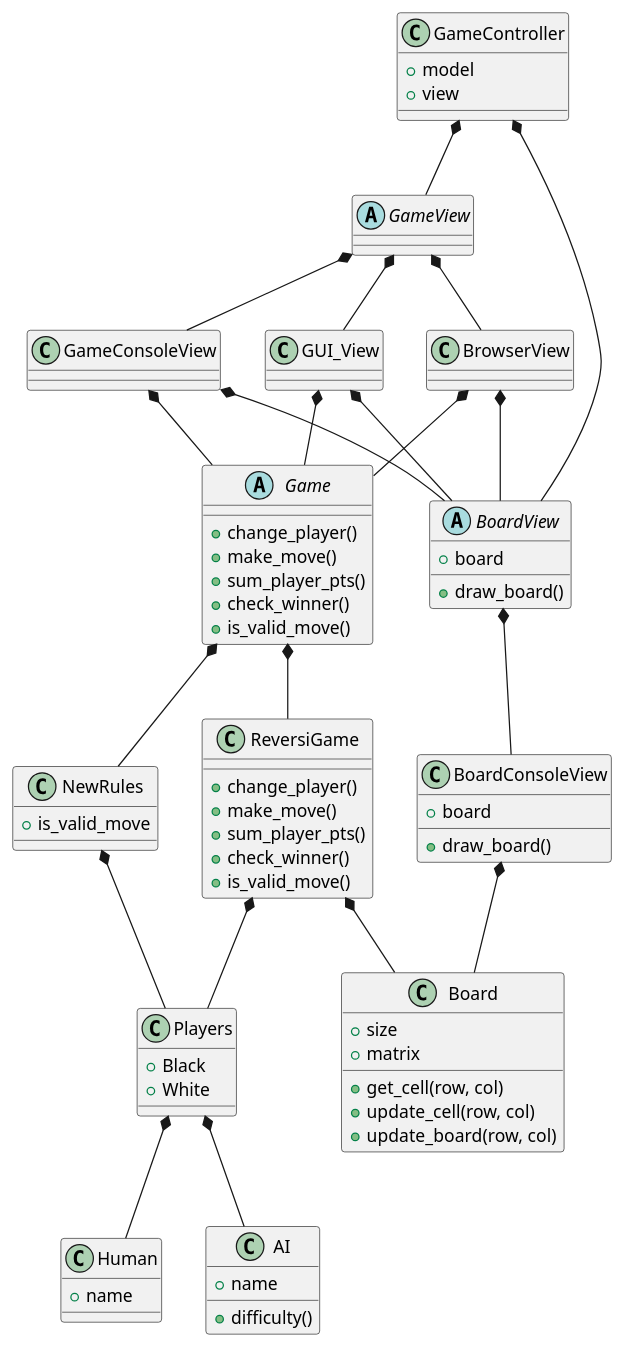
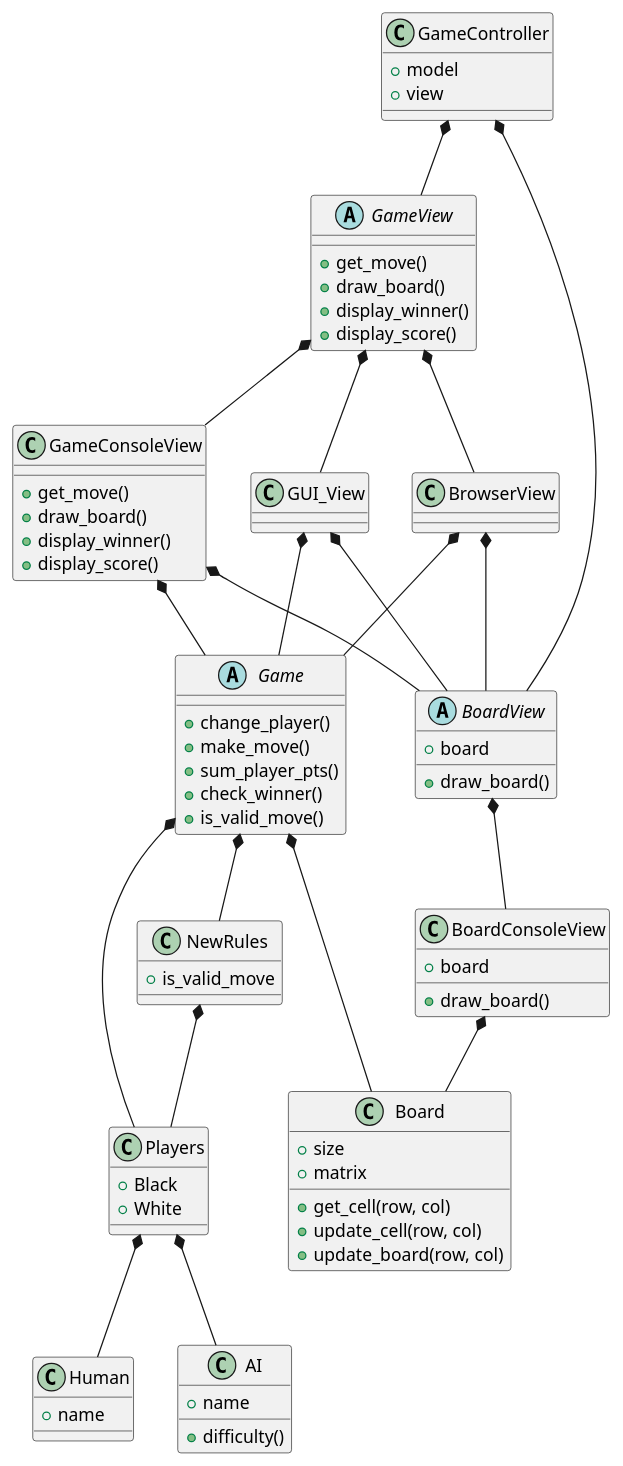
Before and after one commit to asherbillinkoff/reversi: the diagram in reversi.puml, drawn with PlantUML. The commit also changed 9 other files, not shown here.

```diff
--- a/reversi.puml
+++ b/reversi.puml
@@ -1,103 +1,91 @@
 @startuml Reversi Class Diagram
 
 Players *-- Human
 Players *-- AI
 NewRules *-- Players
-ReversiGame *-- Players
-ReversiGame *-- Board
-Game *-- ReversiGame
+Game *-- Players
+Game *-- Board
 Game *-- NewRules
 GameConsoleView *-- Game
 BoardConsoleView *-- Board
 BoardView *-- BoardConsoleView
 GameConsoleView *-- BoardView
 GUI_View *-- Game
 GUI_View *-- BoardView
 BrowserView *-- BoardView
 BrowserView *-- Game
 GameView *-- GameConsoleView
 GameView *-- GUI_View
 GameView *-- BrowserView    
 GameController *-- BoardView
 GameController *-- GameView
-
-
 
 class Human {
     + name
 }
 
 class AI {
     + name
     + difficulty()
 }
 
 class Players {
     + Black
     + White
 }
 
 class Board {
     + size
     + matrix
     + get_cell(row, col)
     + update_cell(row, col)
     + update_board(row, col)
 }
 
-class ReversiGame {
-     + change_player()
-     + make_move()
-     + sum_player_pts()
-     + check_winner()
-     + is_valid_move()
-}
-
 class NewRules {
     + is_valid_move
 
 }
 
 abstract class Game {
      + change_player()
      + make_move()
      + sum_player_pts()
      + check_winner()
      + is_valid_move()
 }
 
 abstract class GameView {
-
+    + get_move()
+    + draw_board()
+    + display_winner()
+    + display_score()
 }
 
 class GameConsoleView {
-
+    + get_move()
+    + draw_board()
+    + display_winner()
+    + display_score()
 }
 
 abstract class BoardView {
     + board
     + draw_board()
-
 }
 
 class BoardConsoleView {
     + board
     + draw_board()
-
 }
 
-class GUI_View {
+class GUI_View {}
 
-}
-
-class BrowserView {
-
-}
+class BrowserView {}
 
 class GameController {
     + model
     + view
-
 }
 
 @enduml
```
